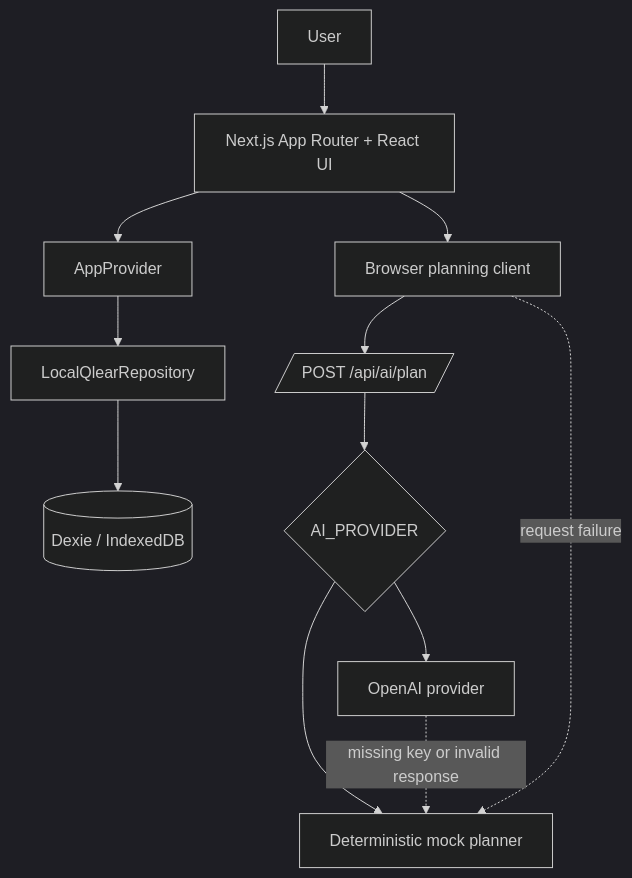
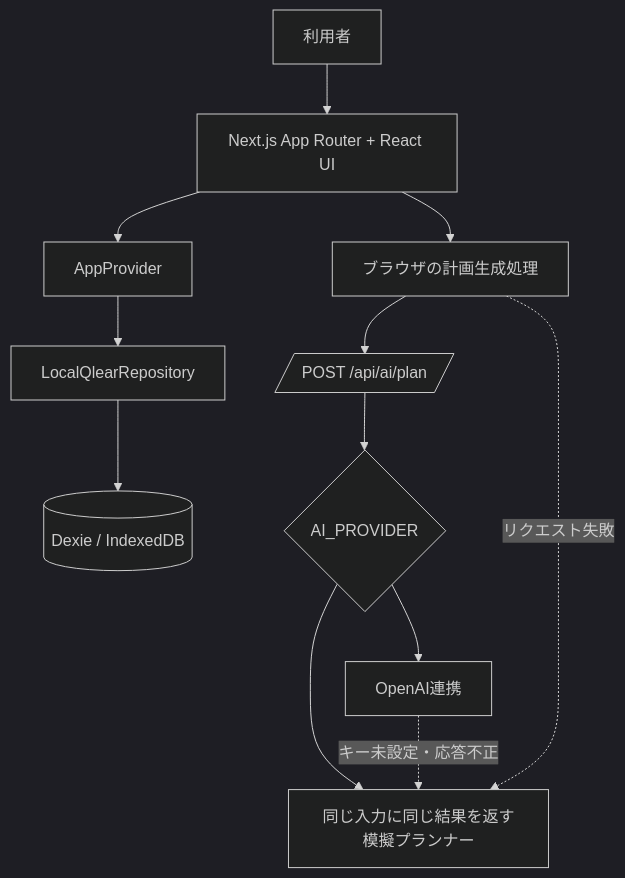
Before and after one commit to zahin-dev/qlear: the second of 2 diagrams in README.md, drawn with Mermaid (dark theme). The commit also changed other lines of this file and 2 other files, not shown here.

````diff
--- a/README.md
+++ b/README.md
@@ -137,14 +135,14 @@
 ```mermaid
 flowchart TD
-  U[User] --> UI[Next.js App Router + React UI]
+  U[利用者] --> UI[Next.js App Router + React UI]
   UI --> C[AppProvider]
   C --> R[LocalQlearRepository]
   R --> D[(Dexie / IndexedDB)]
-  UI --> B[Browser planning client]
+  UI --> B[ブラウザの計画生成処理]
   B --> A[/POST /api/ai/plan/]
   A --> S{AI_PROVIDER}
-  S --> M[Deterministic mock planner]
-  S --> O[OpenAI provider]
-  B -. request failure .-> M
-  O -. missing key or invalid response .-> M
+  S --> M[同じ入力に同じ結果を返す模擬プランナー]
+  S --> O[OpenAI連携]
+  B -. リクエスト失敗 .-> M
+  O -. キー未設定・応答不正 .-> M
 ```
````
